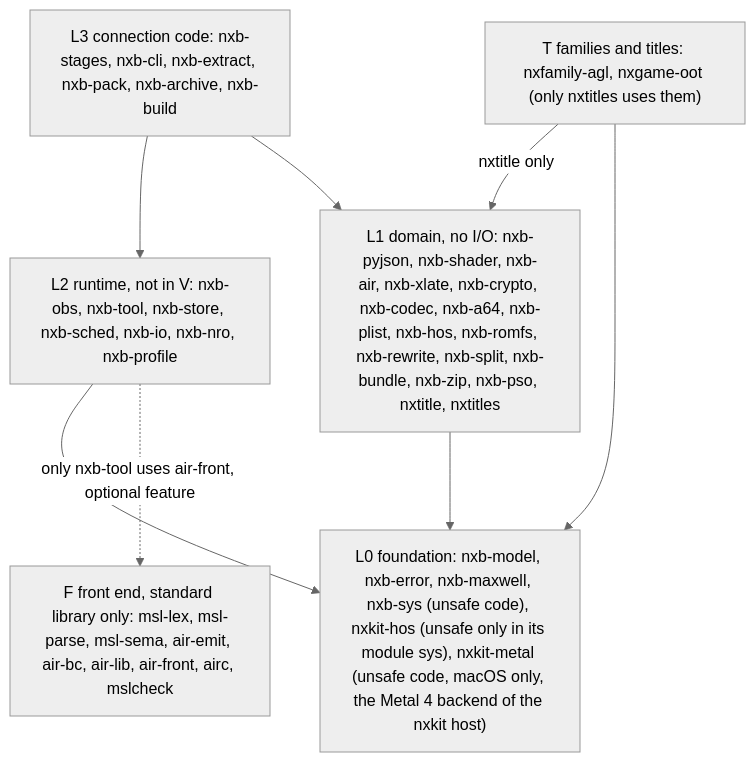
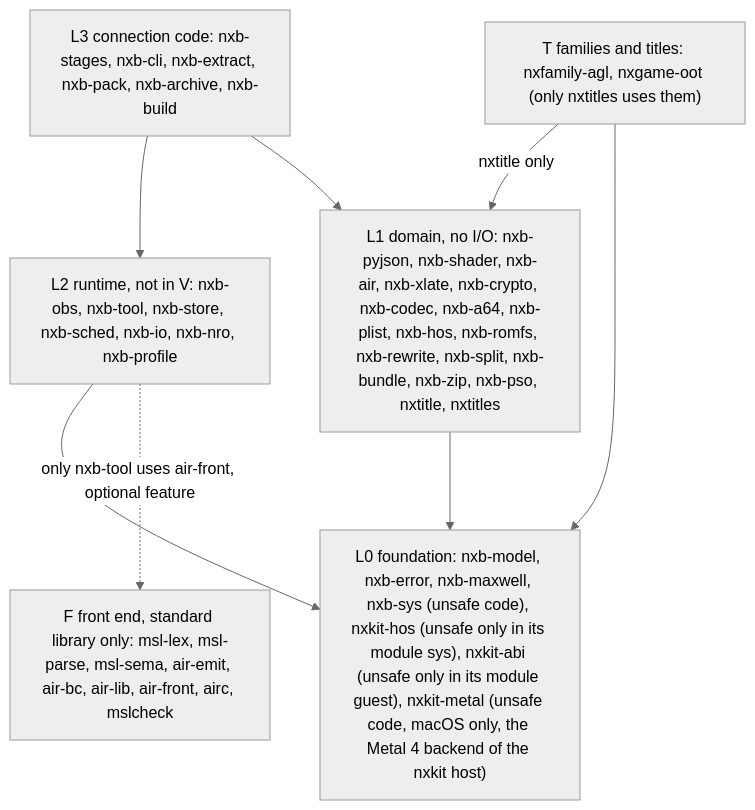
The first of 2 diagrams in docs/architecture.md (b4f8abbb24dbf56a7d0280f296e16eeb/nxkit), drawn with Mermaid (neutral theme) before and after one commit. The commit also changed other lines of this file and 7 other files, not shown here.

Commit message:
Add nxkit-abi, the shared contract of guest memory, exports and IPC services

````diff
--- a/docs/architecture.md
+++ b/docs/architecture.md
@@ -19,14 +19,14 @@
 ```mermaid
 flowchart TD
   L3["L3 connection code: nxb-stages, nxb-cli, nxb-extract, nxb-pack, nxb-archive, nxb-build"]
   L2["L2 runtime, not in V: nxb-obs, nxb-tool, nxb-store, nxb-sched, nxb-io, nxb-nro, nxb-profile"]
   L1["L1 domain, no I/O: nxb-pyjson, nxb-shader, nxb-air, nxb-xlate, nxb-crypto, nxb-codec, nxb-a64, nxb-plist, nxb-hos, nxb-romfs, nxb-rewrite, nxb-split, nxb-bundle, nxb-zip, nxb-pso, nxtitle, nxtitles"]
-  L0["L0 foundation: nxb-model, nxb-error, nxb-maxwell, nxb-sys (unsafe code), nxkit-hos (unsafe only in its module sys), nxkit-metal (unsafe code, macOS only, the Metal 4 backend of the nxkit host)"]
+  L0["L0 foundation: nxb-model, nxb-error, nxb-maxwell, nxb-sys (unsafe code), nxkit-hos (unsafe only in its module sys), nxkit-abi (unsafe only in its module guest), nxkit-metal (unsafe code, macOS only, the Metal 4 backend of the nxkit host)"]
   LT["T families and titles: nxfamily-agl, nxgame-oot (only nxtitles uses them)"]
   LF["F front end, standard library only: msl-lex, msl-parse, msl-sema, air-emit, air-bc, air-lib, air-front, airc, mslcheck"]
   L3 --> L2 --> L0
   L3 --> L1 --> L0
   LT -->|nxtitle only| L1
   LT --> L0
   L2 -.->|only nxb-tool uses air-front, optional feature| LF
 ```
````
